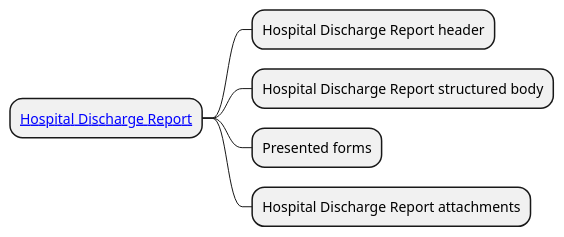
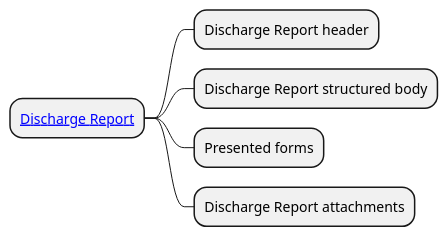
The diagram in input/images-source/hdrReport_CIM.plantuml (Xt-EHR/xt-ehr-common), drawn with PlantUML before and after one commit. The commit also changed 13 other files, not shown here.

```diff
--- a/input/images-source/hdrReport_CIM.plantuml
+++ b/input/images-source/hdrReport_CIM.plantuml
@@ -1,9 +1,9 @@
 @startmindmap
 skinparam topurl StructureDefinition-
 
-* [[EHDSHospitalDischargeReport.html Hospital Discharge Report]]
-** Hospital Discharge Report header
-** Hospital Discharge Report structured body
+* [[EHDSDischargeReport.html Discharge Report]]
+** Discharge Report header
+** Discharge Report structured body
 ** Presented forms
-** Hospital Discharge Report attachments
+** Discharge Report attachments
 @endmindmap
```
